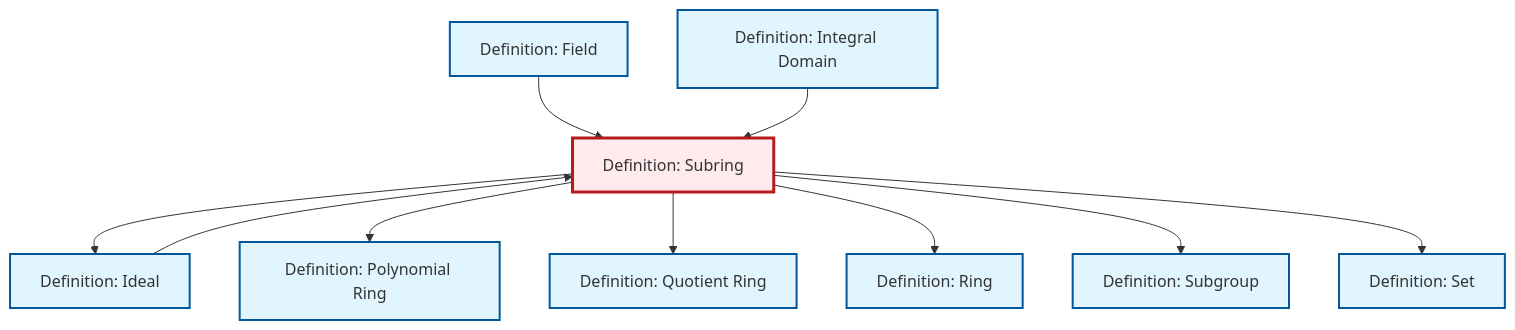
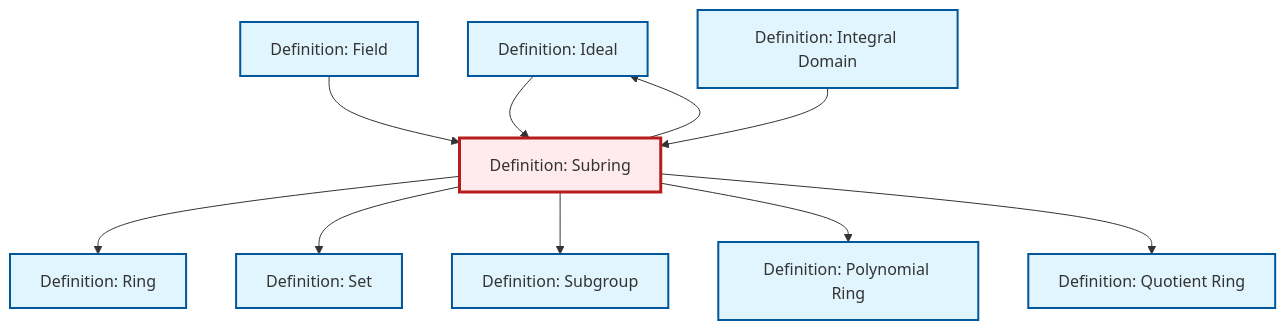
Before and after one commit to RK0429/ModernMath: the diagram in content/en/algebra/def-subring.qmd, drawn with Mermaid. The commit also changed other lines of this file and 1069 other files, not shown here.

````diff
--- a/content/en/algebra/def-subring.qmd
+++ b/content/en/algebra/def-subring.qmd
@@ -84,36 +84,36 @@
 ```{mermaid}
 %%| fig-cap: "Local dependency graph"
 graph TD
     classDef definition fill:#e1f5fe,stroke:#01579b,stroke-width:2px
     classDef theorem fill:#f3e5f5,stroke:#4a148c,stroke-width:2px
     classDef axiom fill:#fff3e0,stroke:#e65100,stroke-width:2px
     classDef example fill:#e8f5e9,stroke:#1b5e20,stroke-width:2px
     classDef current fill:#ffebee,stroke:#b71c1c,stroke-width:3px
     def-set["Definition: Set"]:::definition
+    def-ideal["Definition: Ideal"]:::definition
     def-polynomial-ring["Definition: Polynomial Ring"]:::definition
+    def-field["Definition: Field"]:::definition
     def-quotient-ring["Definition: Quotient Ring"]:::definition
-    def-field["Definition: Field"]:::definition
+    def-subgroup["Definition: Subgroup"]:::definition
+    def-integral-domain["Definition: Integral Domain"]:::definition
     def-ring["Definition: Ring"]:::definition
-    def-subgroup["Definition: Subgroup"]:::definition
-    def-ideal["Definition: Ideal"]:::definition
-    def-integral-domain["Definition: Integral Domain"]:::definition
     def-subring["Definition: Subring"]:::definition
+    def-subring --> def-ring
+    def-subring --> def-set
+    def-subring --> def-subgroup
+    def-subring --> def-polynomial-ring
     def-field --> def-subring
     def-subring --> def-ideal
-    def-subring --> def-polynomial-ring
+    def-subring --> def-quotient-ring
     def-ideal --> def-subring
     def-integral-domain --> def-subring
-    def-subring --> def-quotient-ring
-    def-subring --> def-ring
-    def-subring --> def-subgroup
-    def-subring --> def-set
     class def-subring current
     click def-set "def-set.html" "Go to Set definition"
+    click def-ideal "def-ideal.html" "Go to Ideal definition"
     click def-polynomial-ring "def-polynomial-ring.html" "Go to Polynomial Ring definition"
+    click def-field "def-field.html" "Go to Field definition"
     click def-quotient-ring "def-quotient-ring.html" "Go to Quotient Ring definition"
-    click def-field "def-field.html" "Go to Field definition"
+    click def-subgroup "def-subgroup.html" "Go to Subgroup definition"
+    click def-integral-domain "def-integral-domain.html" "Go to Integral Domain definition"
     click def-ring "def-ring.html" "Go to Ring definition"
-    click def-subgroup "def-subgroup.html" "Go to Subgroup definition"
-    click def-ideal "def-ideal.html" "Go to Ideal definition"
-    click def-integral-domain "def-integral-domain.html" "Go to Integral Domain definition"
 ```
````
